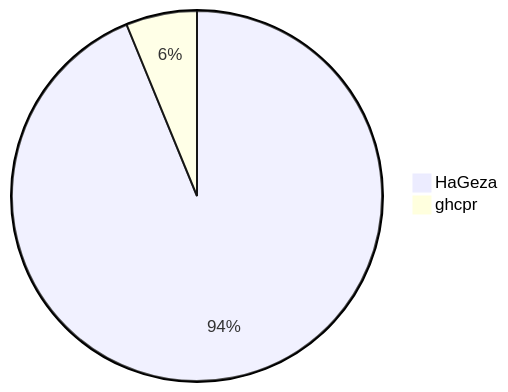
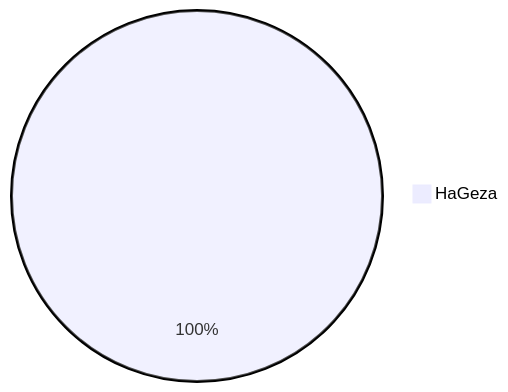
One commit to HaGeza/GHCPR changed the diagram in README.md. Above: the diagram before and after it, drawn with Mermaid.

Commit message:
GHCPR: Update README with commit proportions

````diff
--- a/README.md
+++ b/README.md
@@ -12,5 +12,4 @@
 ```mermaid
 pie
-	"HaGeza": 937
-	"ghcpr": 62
+	"HaGeza": 1000
 ```
````
